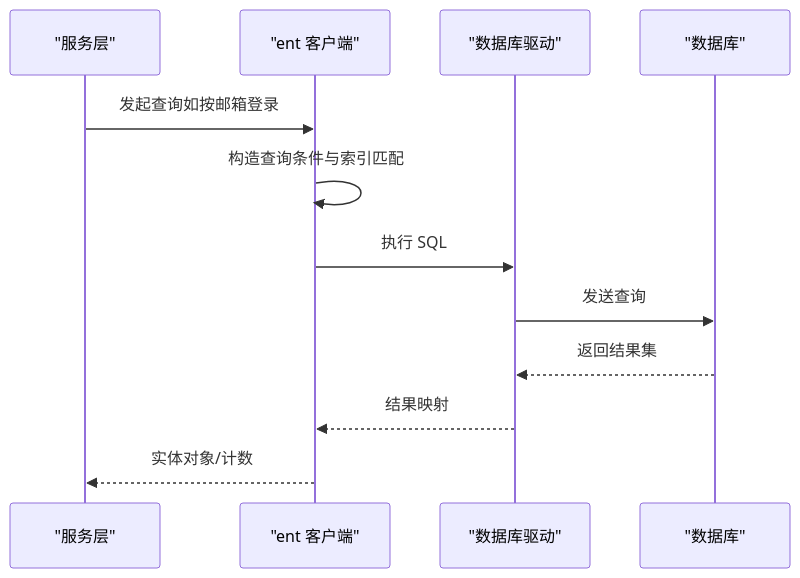
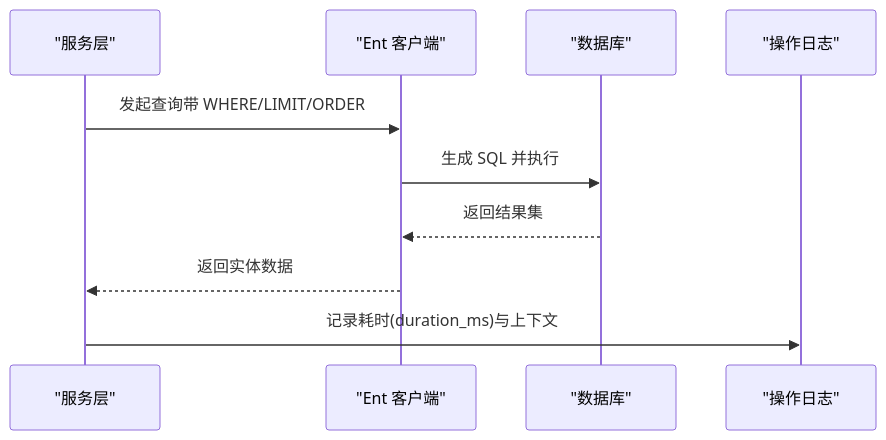
Before and after one commit to wuwuseo/e-sports-go-admin: the second of 7 diagrams in .qoder/repowiki/zh/content/数据库设计/索引与性能优化.md, drawn with Mermaid. The commit also changed other lines of this file and 141 other files, not shown here.

````diff
--- a/.qoder/repowiki/zh/content/数据库设计/索引与性能优化.md
+++ b/.qoder/repowiki/zh/content/数据库设计/索引与性能优化.md
@@ -111,14 +113,12 @@
 ```mermaid
 sequenceDiagram
 participant Svc as "服务层"
-participant Client as "ent 客户端"
-participant Driver as "数据库驱动"
+participant ORM as "Ent 客户端"
 participant DB as "数据库"
-Svc->>Client : 发起查询如按邮箱登录
-Client->>Client : 构造查询条件与索引匹配
-Client->>Driver : 执行 SQL
-Driver->>DB : 发送查询
-DB-->>Driver : 返回结果集
-Driver-->>Client : 结果映射
-Client-->>Svc : 实体对象/计数
+participant Log as "操作日志"
+Svc->>ORM : 发起查询带 WHERE/LIMIT/ORDER
+ORM->>DB : 生成 SQL 并执行
+DB-->>ORM : 返回结果集
+ORM-->>Svc : 返回实体数据
+Svc->>Log : 记录耗时(duration_ms)与上下文
 ```
````
